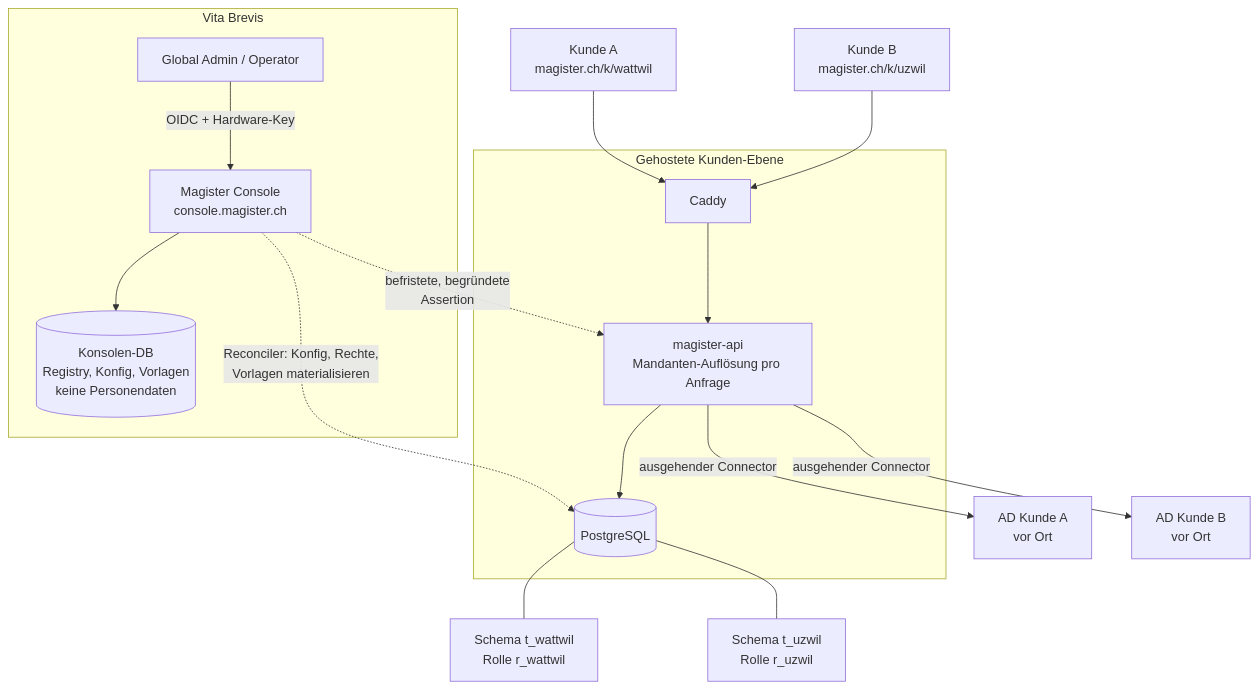
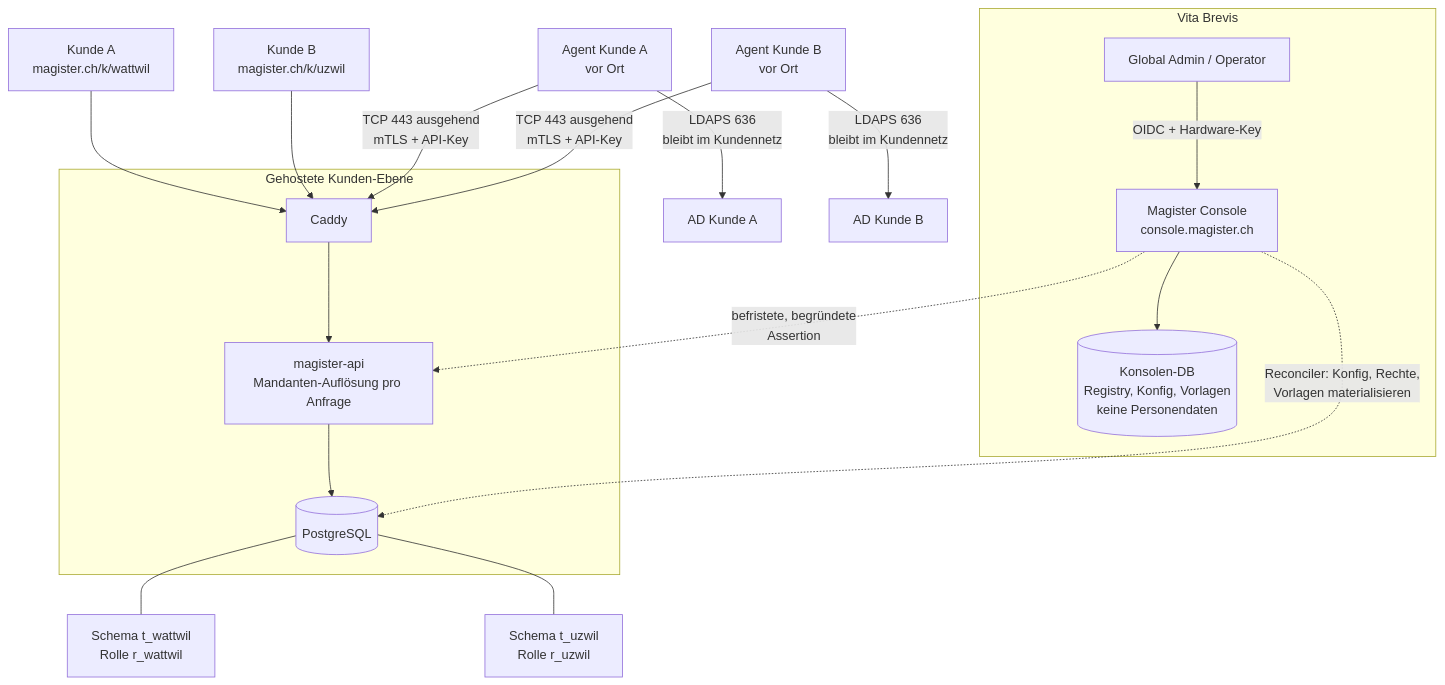
One commit to Vita-Brevis-GmbH/magister changed the diagram in docs/features/multitenancy.md. Above: the diagram before and after it, drawn with Mermaid. The commit also changed other lines of this file and 11 other files, not shown here.

````diff
--- a/docs/features/multitenancy.md
+++ b/docs/features/multitenancy.md
@@ -31,24 +35,26 @@
 ```mermaid
 flowchart TB
   subgraph VB["Vita Brevis"]
     Ops[Global Admin / Operator] -->|OIDC + Hardware-Key| Console[Magister Console<br/>console.magister.ch]
     Console --> CDB[(Konsolen-DB<br/>Registry, Konfig, Vorlagen<br/>keine Personendaten)]
   end
 
   subgraph Platform["Gehostete Kunden-Ebene"]
     Caddy[Caddy] --> API[magister-api<br/>Mandanten-Auflösung pro Anfrage]
     API --> PG[(PostgreSQL)]
   end
 
   KundeA[Kunde A<br/>magister.ch/k/wattwil] --> Caddy
   KundeB[Kunde B<br/>magister.ch/k/uzwil] --> Caddy
 
   PG --- SA[Schema t_wattwil<br/>Rolle r_wattwil]
   PG --- SB[Schema t_uzwil<br/>Rolle r_uzwil]
 
   Console -.->|Reconciler: Konfig, Rechte,<br/>Vorlagen materialisieren| PG
   Console -.->|befristete, begründete<br/>Assertion| API
 
-  API -->|ausgehender Connector| ADA[AD Kunde A<br/>vor Ort]
-  API -->|ausgehender Connector| ADB[AD Kunde B<br/>vor Ort]
+  AgentA[Agent Kunde A<br/>vor Ort] -->|TCP 443 ausgehend<br/>mTLS + API-Key| Caddy
+  AgentB[Agent Kunde B<br/>vor Ort] -->|TCP 443 ausgehend<br/>mTLS + API-Key| Caddy
+  AgentA -->|LDAPS 636<br/>bleibt im Kundennetz| ADA[AD Kunde A]
+  AgentB -->|LDAPS 636<br/>bleibt im Kundennetz| ADB[AD Kunde B]
 ```
````
